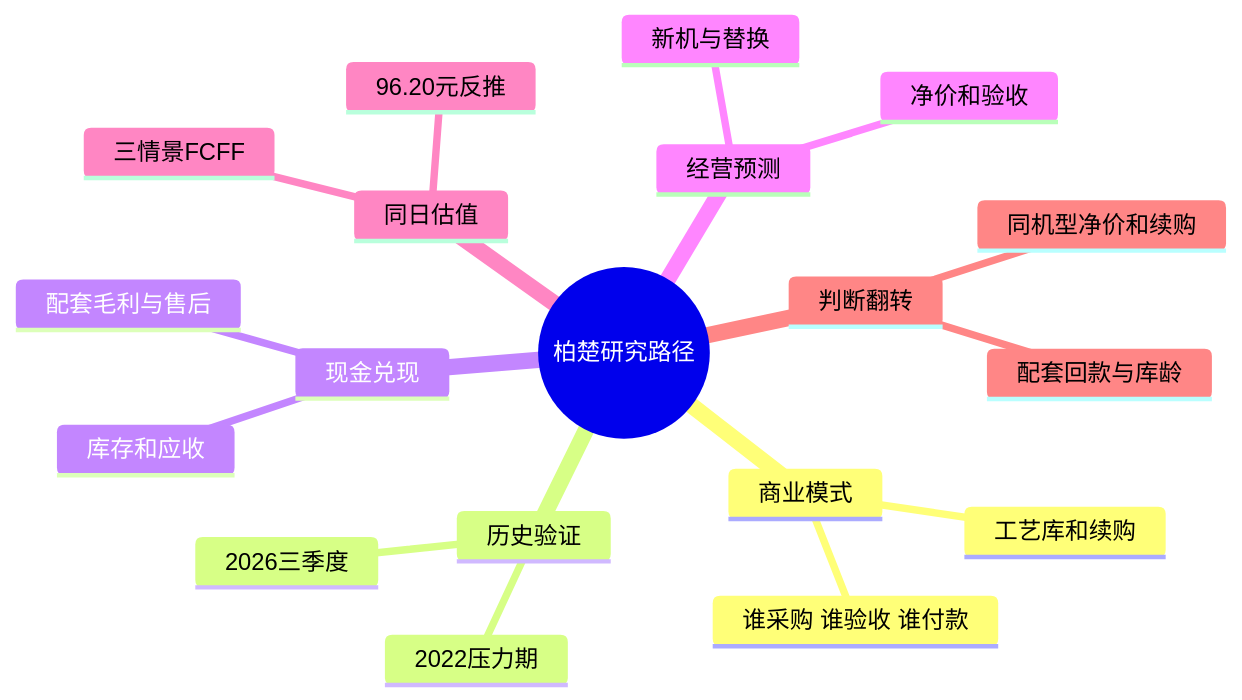
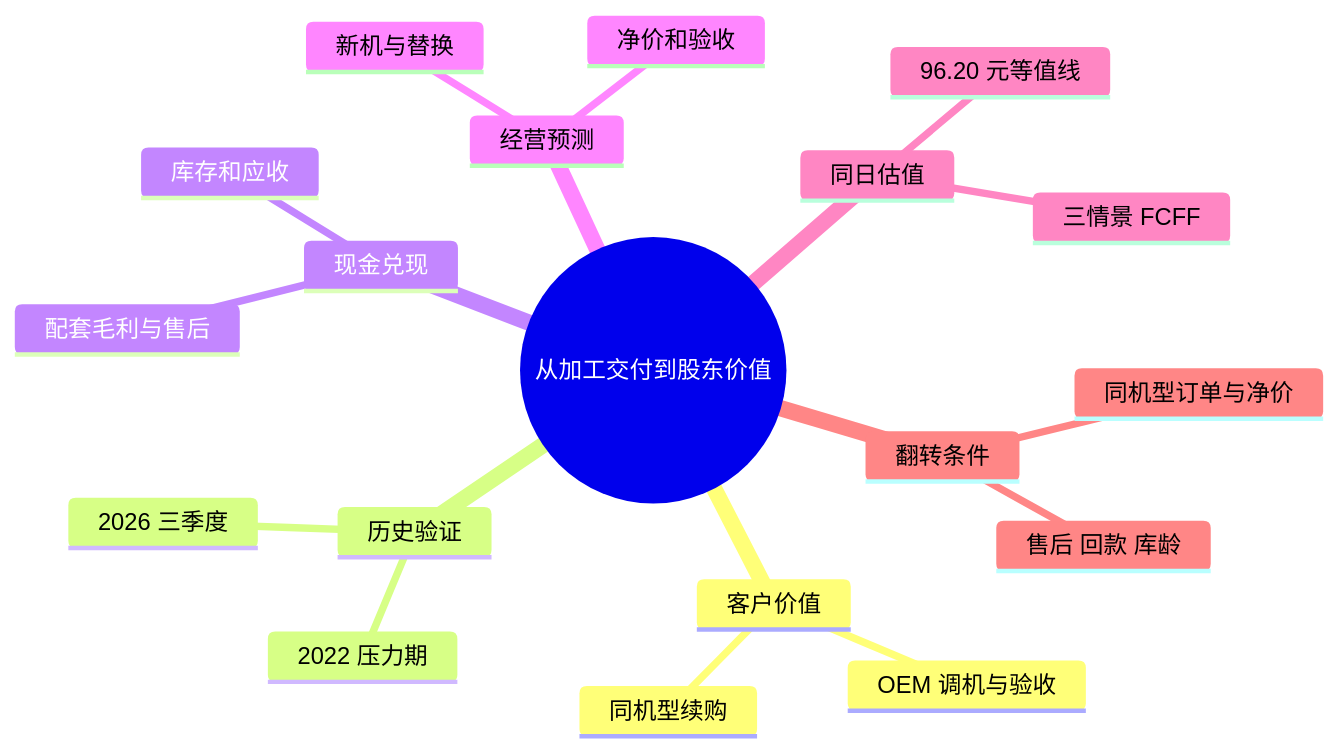
One commit to Loyyed/Investment-Studies-Assistance-Project-Yw-DDL-2026.12.2 changed the first of 4 diagrams in 报告留存处/柏楚电子证券投资分析报告11.23一版.md. Above: the diagram before and after it, drawn with Mermaid. The commit also changed other lines of this file and 14 other files, not shown here.

````diff
--- a/报告留存处/柏楚电子证券投资分析报告11.23一版.md
+++ b/报告留存处/柏楚电子证券投资分析报告11.23一版.md
@@ -77,22 +75,22 @@
 ```mermaid
 mindmap
-  root((柏楚研究路径))
-    商业模式
-      谁采购 谁验收 谁付款
-      工艺库和续购
+  root((从加工交付到股东价值))
+    客户价值
+      OEM 调机与验收
+      同机型续购
     历史验证
-      2022压力期
-      2026三季度
+      2022 压力期
+      2026 三季度
     现金兑现
       配套毛利与售后
       库存和应收
     经营预测
       新机与替换
       净价和验收
     同日估值
-      三情景FCFF
-      96.20元反推
-    判断翻转
-      同机型净价和续购
-      配套回款与库龄
+      三情景 FCFF
+      96.20 元等值线
+    翻转条件
+      同机型订单与净价
+      售后 回款 库龄
 ```
````
